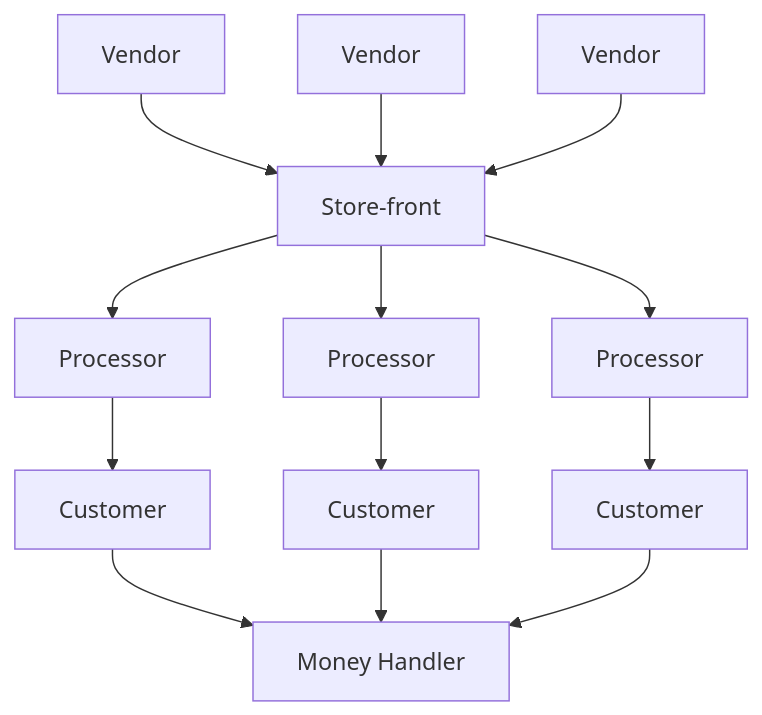
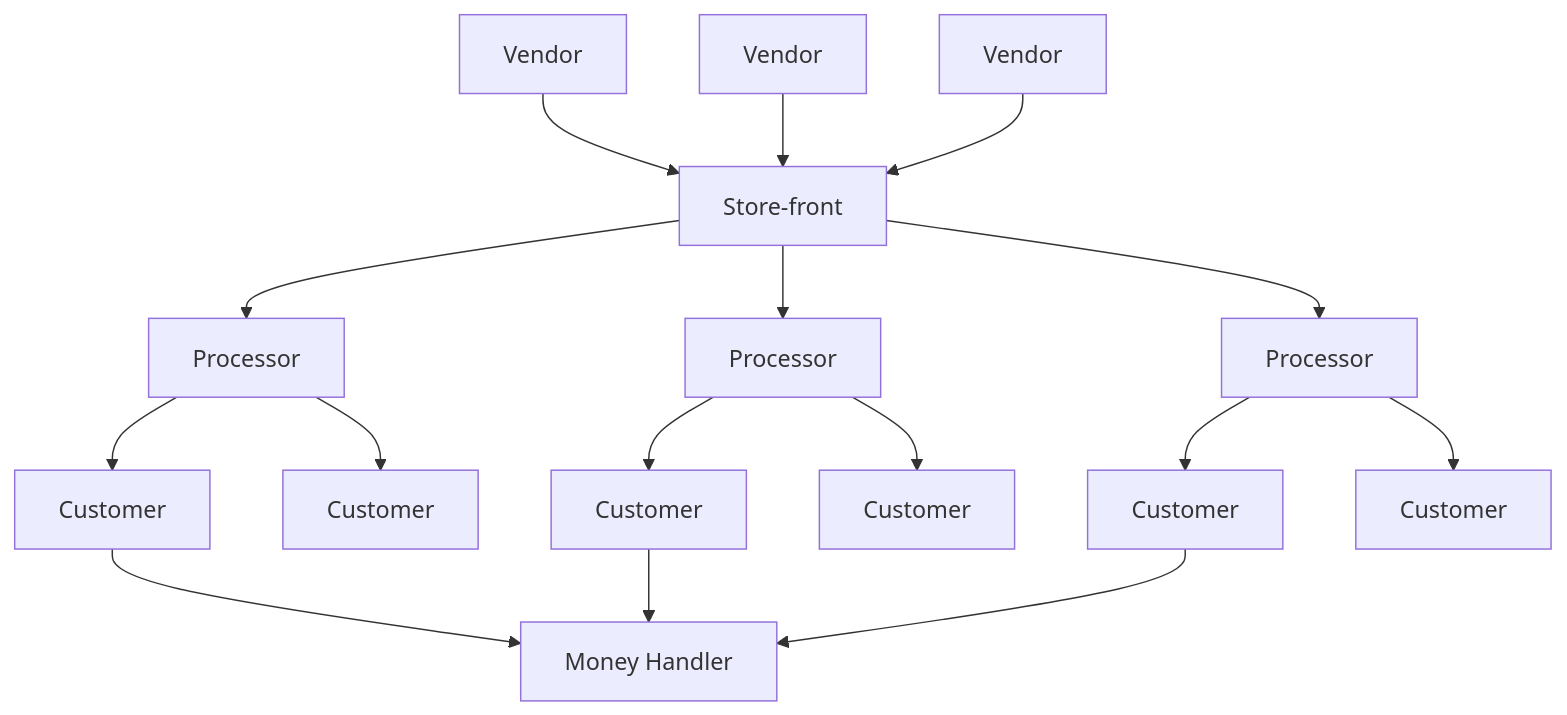
One commit to jcolag/entropy-arbitrage changed the second of 2 diagrams in 2025-07-27-payment-processor.md. Above: the diagram before and after it, drawn with Mermaid. The commit also changed other lines of this file and 1 other file, not shown here.

```diff
--- a/2025-07-27-payment-processor.md
+++ b/2025-07-27-payment-processor.md
@@ -81,15 +81,18 @@
 {% mermaid %}
 flowchart TD
   v1[Vendor] --> sf[Store-front]
   v2[Vendor] --> sf
   v3[Vendor] --> sf
   sf --> p1[Processor]
   sf --> p2[Processor]
   sf --> p3[Processor]
   p1 --> c1[Customer]
-  p2 --> c3[Customer]
-  p3 --> c2[Customer]
+  p2 --> c2[Customer]
+  p3 --> c3[Customer]
+  p1 --> c4[Customer]
+  p2 --> c5[Customer]
+  p3 --> c6[Customer]
   c1 --> mh[Money Handler]
   c2 --> mh
   c3 --> mh
 {% endmermaid %}
```
